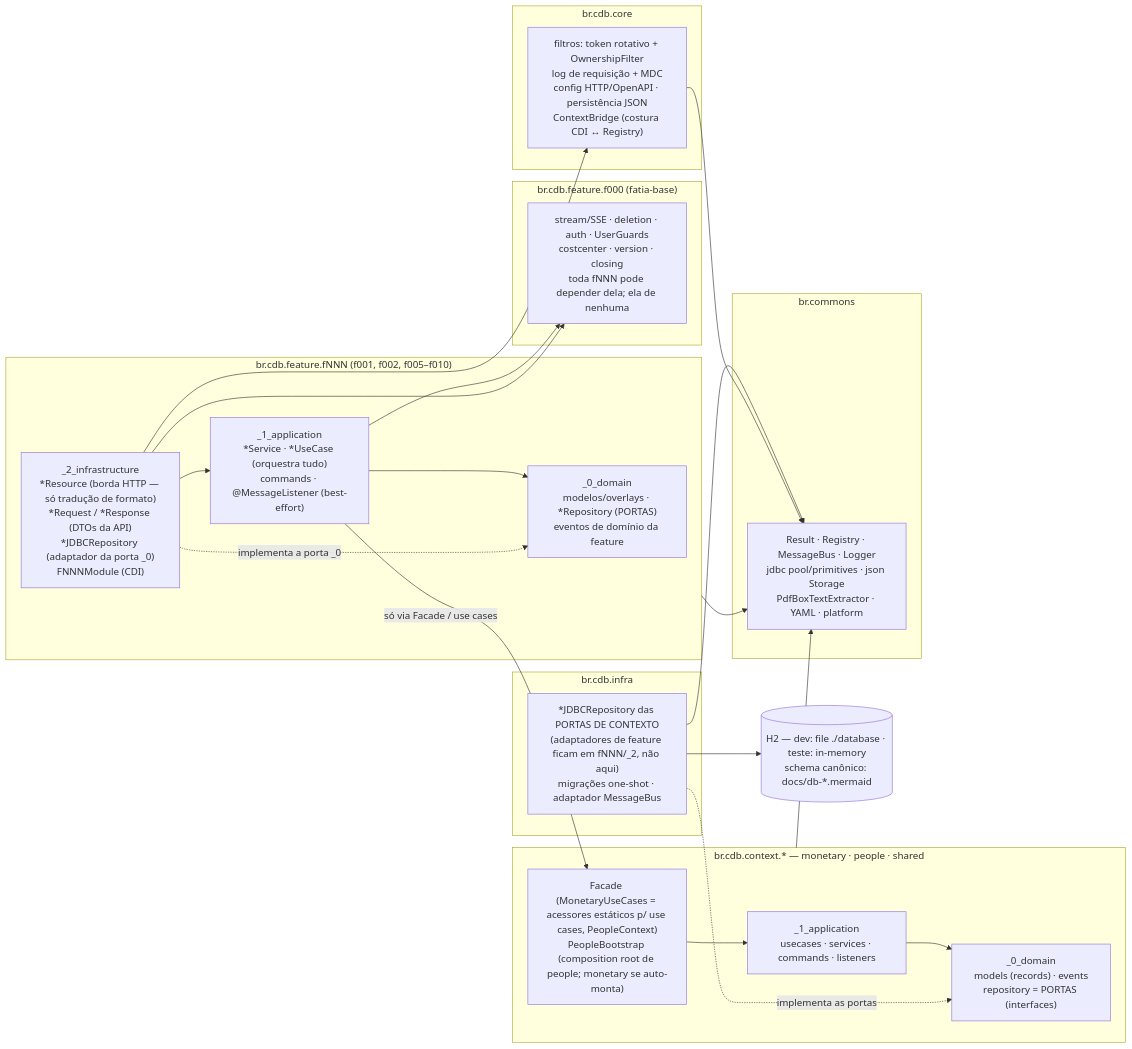
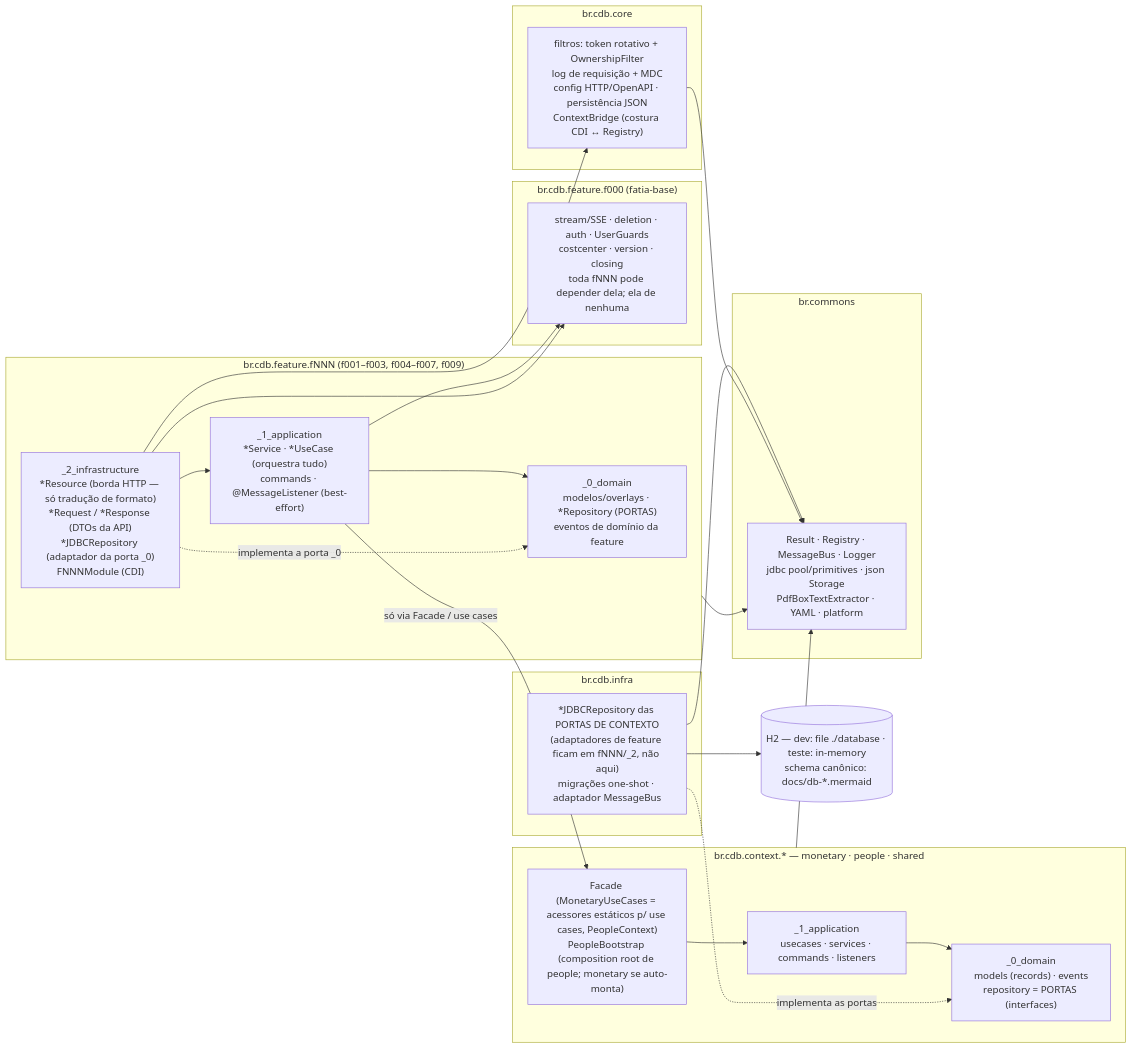
Before and after one commit to bkaraujo/cdb-judas: the diagram in docs/architecture-backend.mermaid, drawn with Mermaid. The commit also changed 15 other files, not shown here.

```diff
--- a/docs/architecture-backend.mermaid
+++ b/docs/architecture-backend.mermaid
@@ -1,53 +1,54 @@
 flowchart LR
 %% CDB Finance — Backend: diagrama de pacotes (placement de classes).
 %% Cada caixa diz o que MORA no pacote; setas = dependências permitidas.
 %% ArchUnit proíbe: feature→contexto fora da Facade/use cases; Resource→Repository;
 %% contexto→framework; _1_application→_2_infrastructure (vale por contexto E por fNNN);
-%% core→feature. fatia fNNN↔fNNN (exceto via f000) é hoje só transitório — sem regra
-%% ArchUnit ainda, pendente da migração ON DELETE CASCADE (ver .claude/refactor.md).
+%% core→feature; fatia fNNN↔fNNN irmã, em qualquer direção (regra
+%% feature_slices_must_not_depend_on_sibling_slices). Só duas exceções: alvo f000 (kernel) e
+%% origem f999 (composition root — adapters que ligam porta de uma fatia a provedor de outra).
 
-    subgraph feature["br.cdb.feature.fNNN  (f001, f002, f005–f010)"]
+    subgraph feature["br.cdb.feature.fNNN  (f001–f003, f004–f007, f009)"]
         F2["_2_infrastructure<br>*Resource (borda HTTP — só tradução de formato)<br>*Request / *Response (DTOs da API)<br>*JDBCRepository (adaptador da porta _0)<br>FNNNModule (CDI)"]
         F1["_1_application<br>*Service · *UseCase (orquestra tudo)<br>commands · @MessageListener (best-effort)"]
         F0["_0_domain<br>modelos/overlays · *Repository (PORTAS)<br>eventos de domínio da feature"]
     end
 
     subgraph base["br.cdb.feature.f000  (fatia-base)"]
         BASE["stream/SSE · deletion · auth · UserGuards<br>costcenter · version · closing<br>toda fNNN pode depender dela; ela de nenhuma"]
     end
 
     subgraph core["br.cdb.core"]
         CORE["filtros: token rotativo + OwnershipFilter<br>log de requisição + MDC<br>config HTTP/OpenAPI · persistência JSON<br>ContextBridge (costura CDI ↔ Registry)"]
     end
 
     subgraph context["br.cdb.context.*  — monetary · people · shared"]
         FAC["Facade (MonetaryUseCases = acessores estáticos p/ use cases, PeopleContext)<br>PeopleBootstrap (composition root de people; monetary se auto-monta)"]
         APP["_1_application<br>usecases · services · commands · listeners"]
         DOM["_0_domain<br>models (records) · events<br>repository = PORTAS (interfaces)"]
     end
 
     subgraph infra["br.cdb.infra"]
         INF["*JDBCRepository das PORTAS DE CONTEXTO<br>(adaptadores de feature ficam em fNNN/_2, não aqui)<br>migrações one-shot · adaptador MessageBus"]
     end
 
     subgraph commons["br.commons"]
         COM["Result · Registry · MessageBus · Logger<br>jdbc pool/primitives · json Storage<br>PdfBoxTextExtractor · YAML · platform"]
     end
 
     DB[("H2 — dev: file ./database · teste: in-memory<br>schema canônico: docs/db-*.mermaid")]
 
     F2 --> F1
     F1 --> F0
     F2 -.->|"implementa a porta _0"| F0
     F1 -->|"só via Facade / use cases"| FAC
     F1 --> BASE
     F2 --> BASE
     F2 --> CORE
     FAC --> APP
     APP --> DOM
     INF -.->|"implementa as portas"| DOM
     INF --> DB
     context --> COM
     INF --> COM
     CORE --> COM
     feature --> COM
```
